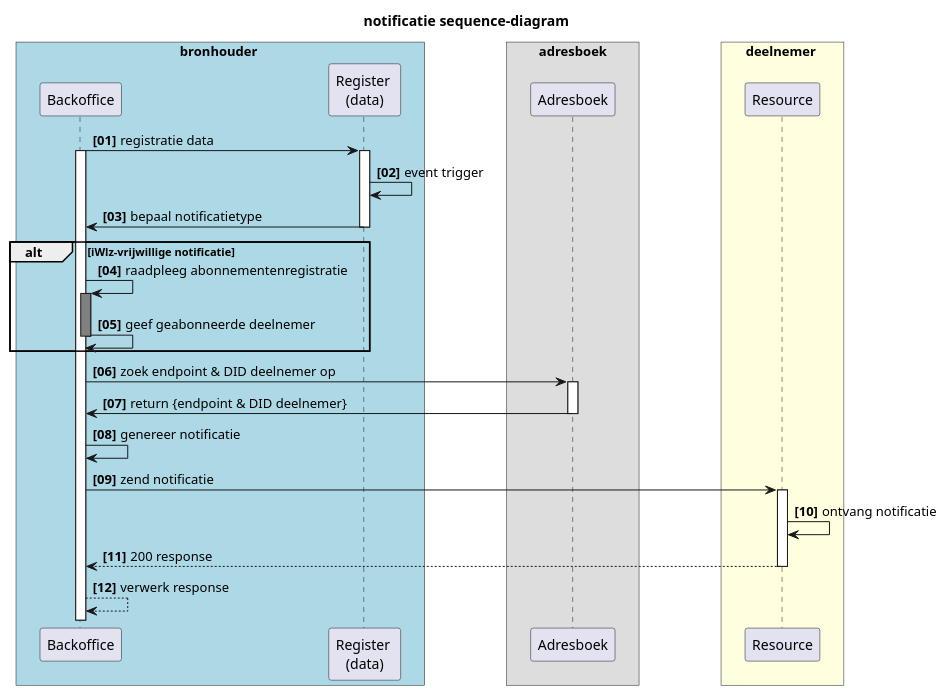
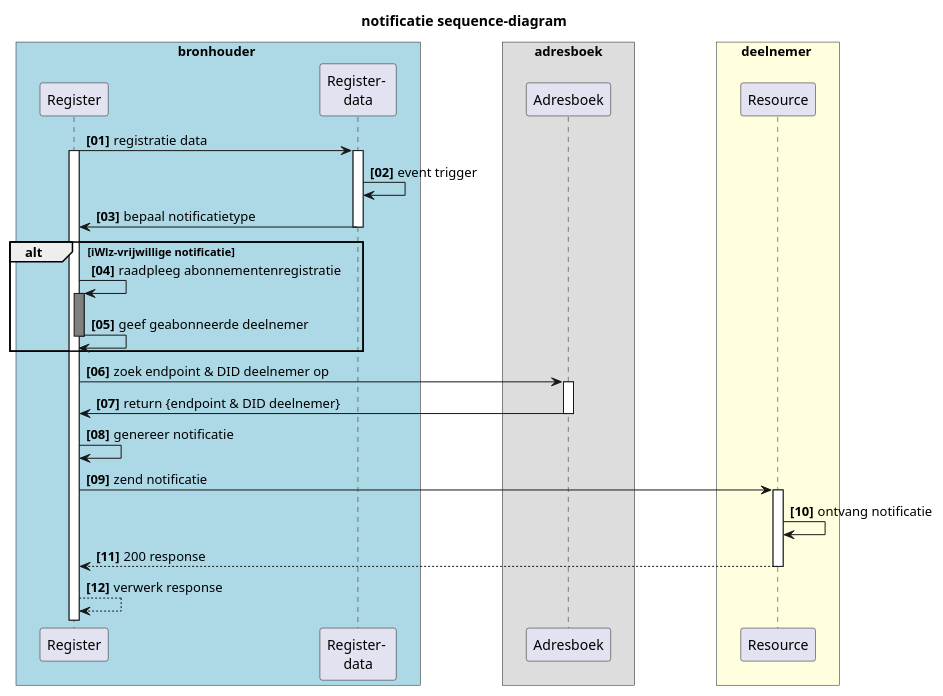
One commit to iStandaarden/iWlz-RequestForComment changed the diagram in plantUMLsrc/rfc0008-02-notificatie_sequence.puml. Above: the diagram before and after it, drawn with PlantUML. The commit also changed other lines of this file, not shown here.

Commit message:
Backoffice = register

```diff
--- a/plantUMLsrc/rfc0008-02-notificatie_sequence.puml
+++ b/plantUMLsrc/rfc0008-02-notificatie_sequence.puml
@@ -1,47 +2,47 @@
   @startuml rfc008-02-notificatie_sequence
   title notificatie sequence-diagram
   skinparam handwritten false
   skinparam participantpadding 20
   skinparam boxpadding 40
   autonumber "<b>[00]"
   box bronhouder #lightblue
-  participant "Backoffice" as bs
-  participant "Register \n(data)" as rg
+  participant "Register" as bs
+  participant "Register- \ndata" as rg
   end box
 
   box adresboek
   participant "Adresboek" as ab
   end box
 
   box deelnemer #lightyellow
   participant "Resource" as dnp
   end box
 
     bs -> rg : registratie data
     activate rg
     activate bs
     rg -> rg: event trigger
     rg -> bs : bepaal notificatietype
     deactivate rg
 
       alt iWlz-vrijwillige notificatie
       bs -> bs: raadpleeg abonnementenregistratie
       activate bs #grey
       bs -> bs: geef geabonneerde deelnemer
       deactivate bs
       end 
 
     bs -> ab: zoek endpoint & DID deelnemer op
 
     activate ab
     ab -> bs: return {endpoint & DID deelnemer}
     deactivate ab
     bs -> bs: genereer notificatie
     bs -> dnp: zend notificatie
     activate dnp
     dnp -> dnp: ontvang notificatie
     dnp --> bs: 200 response
     deactivate dnp  
     bs --> bs: verwerk response
 
   @enduml
```
